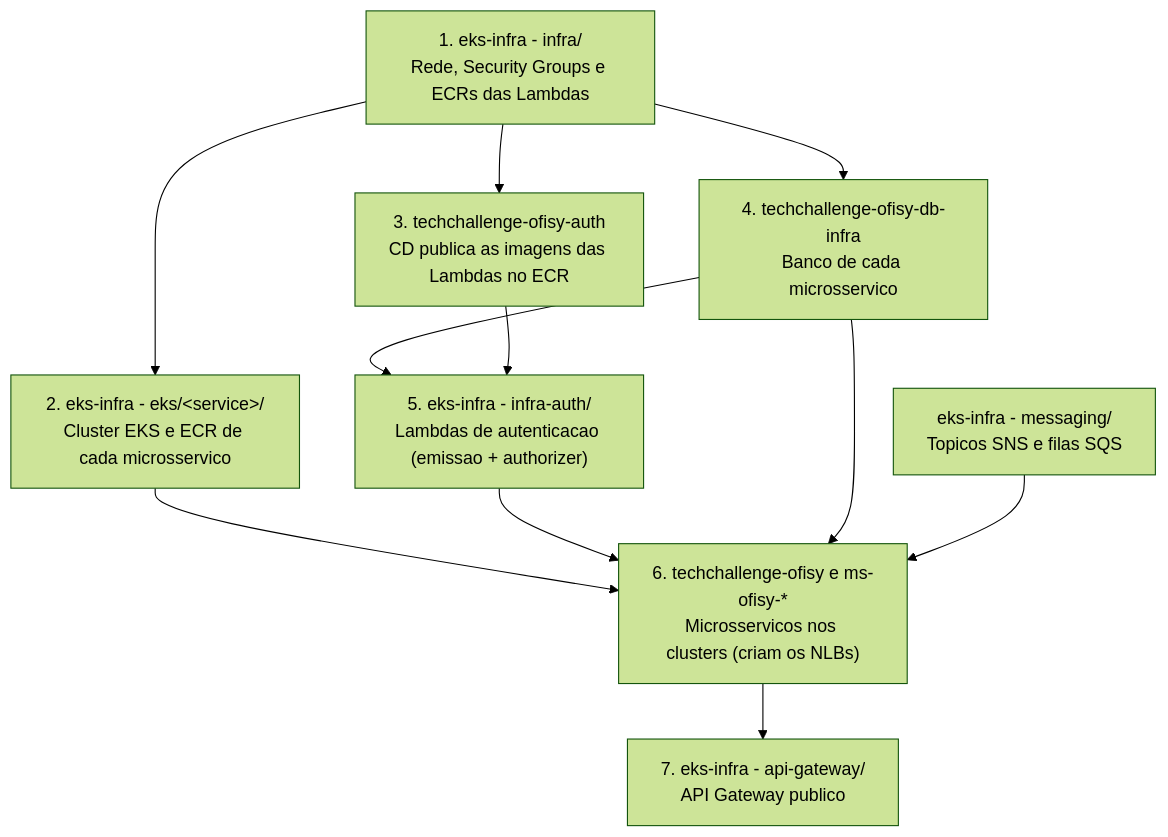
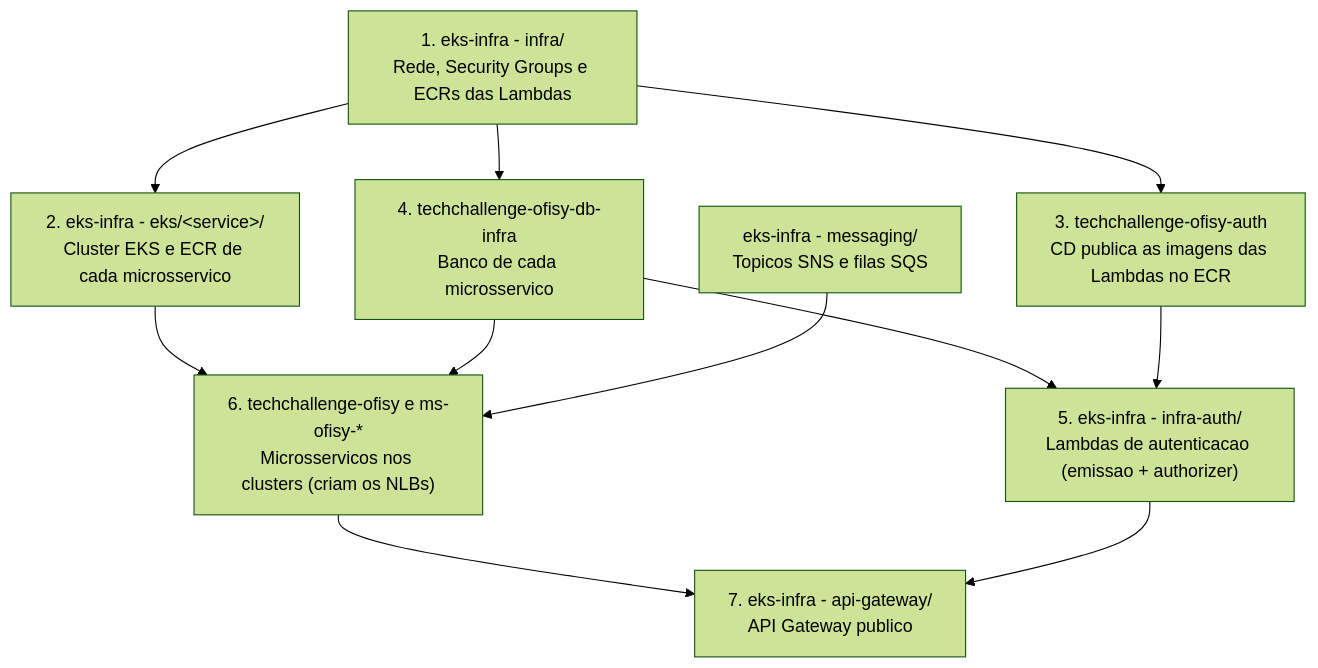
The diagram in README.md (15SOAT-FIAP/techchallenge-ofisy-eks-infra), drawn with Mermaid (forest theme) before and after one commit. The commit also changed other lines of this file, not shown here.

````diff
--- a/README.md
+++ b/README.md
@@ -65,17 +65,17 @@
 ```mermaid
 flowchart TD
     P1["1. eks-infra - infra/<br/>Rede, Security Groups e ECRs das Lambdas"]
     P2["2. eks-infra - eks/&lt;service&gt;/<br/>Cluster EKS e ECR de cada microsservico"]
     P3["3. techchallenge-ofisy-auth<br/>CD publica as imagens das Lambdas no ECR"]
     P4["4. techchallenge-ofisy-db-infra<br/>Banco de cada microsservico"]
     P5["5. eks-infra - infra-auth/<br/>Lambdas de autenticacao (emissao + authorizer)"]
     P6["6. techchallenge-ofisy e ms-ofisy-*<br/>Microsservicos nos clusters (criam os NLBs)"]
     P7["7. eks-infra - api-gateway/<br/>API Gateway publico"]
     PM["eks-infra - messaging/<br/>Topicos SNS e filas SQS"]
 
-    P1 --> P2 --> P6
-    P1 --> P4 --> P5 --> P6 --> P7
+    P1 --> P2 --> P6 --> P7
+    P1 --> P4 --> P5 --> P7
     P1 --> P3 --> P5
     P4 --> P6
     PM --> P6
 ```
````
